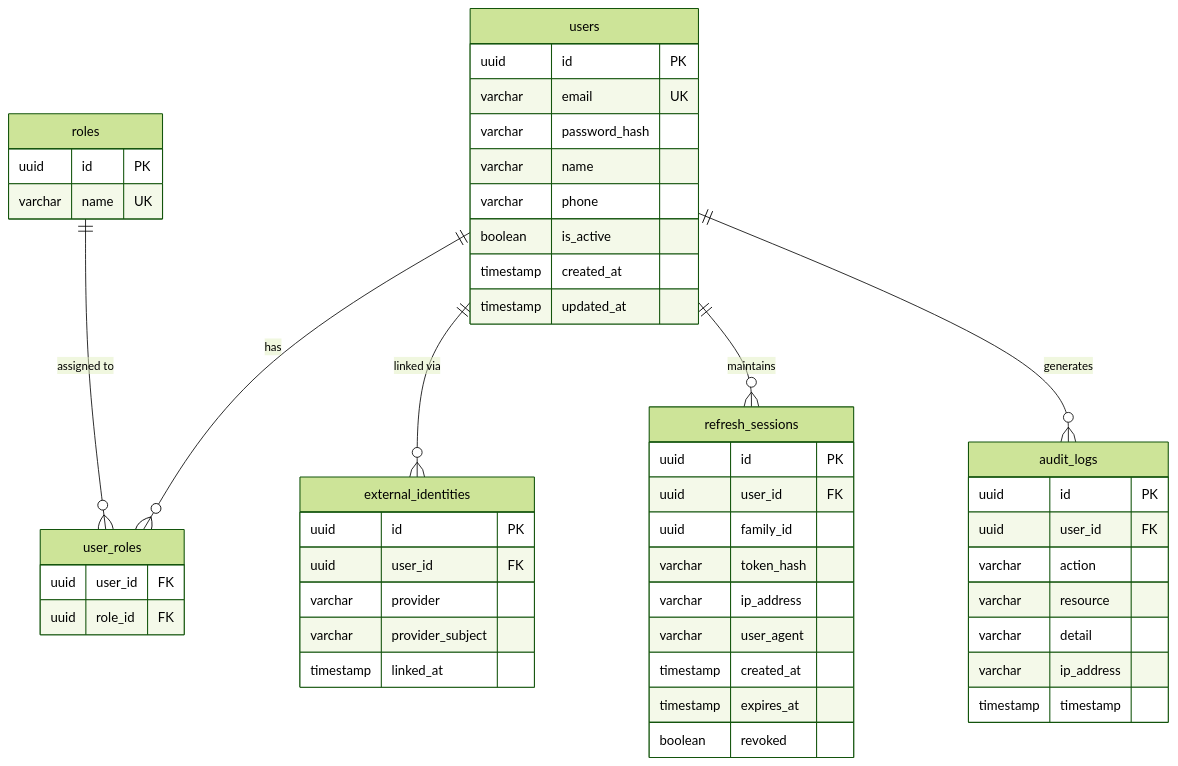
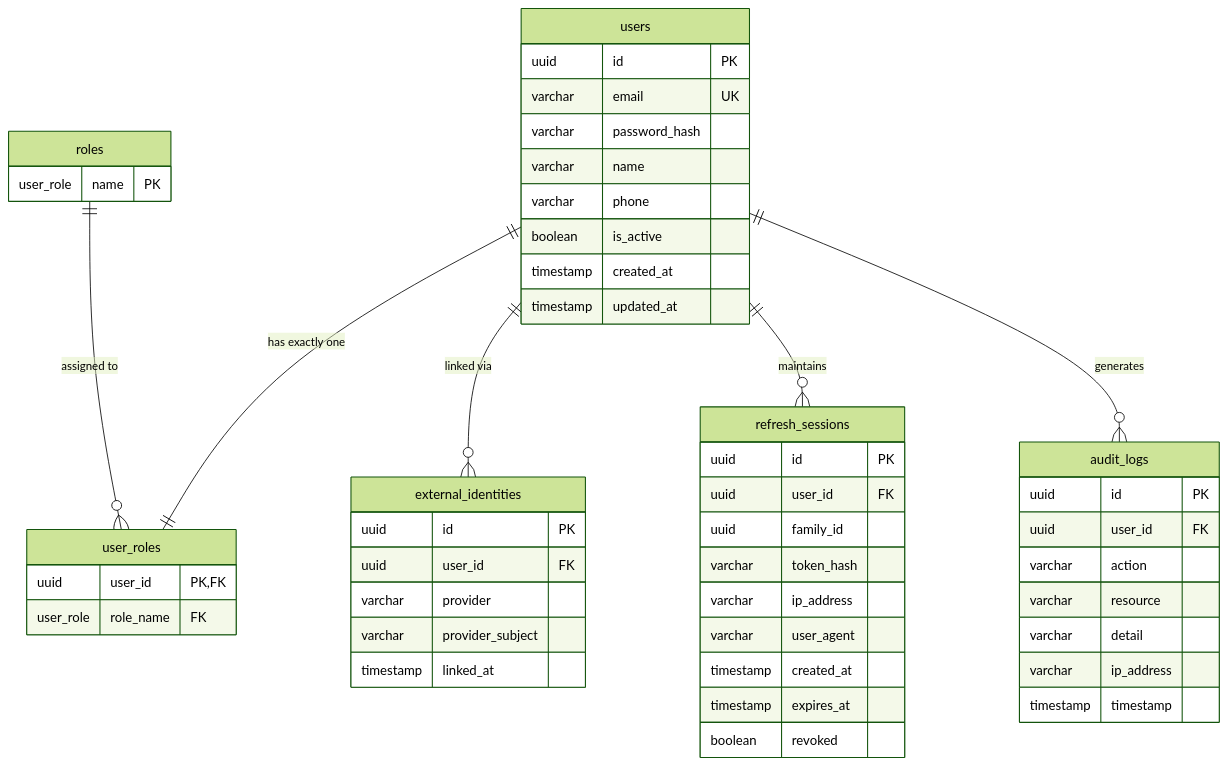
One commit to SwiftDrop-Group09/swiftdrop-docs changed the first of 7 diagrams in design/diagrams/er/README.md. Above: the diagram before and after it, drawn with Mermaid (forest theme). The commit also changed other lines of this file and 8 other files, not shown here.

````diff
--- a/design/diagrams/er/README.md
+++ b/design/diagrams/er/README.md
@@ -14,59 +14,58 @@
 ```mermaid
 erDiagram
     users {
         uuid id PK
         varchar email UK
         varchar password_hash
         varchar name
         varchar phone
         boolean is_active
         timestamp created_at
         timestamp updated_at
     }
 
     roles {
-        uuid id PK
-        varchar name UK
+        user_role name PK
     }
 
     user_roles {
-        uuid user_id FK
-        uuid role_id FK
+        uuid user_id PK,FK
+        user_role role_name FK
     }
 
     external_identities {
         uuid id PK
         uuid user_id FK
         varchar provider
         varchar provider_subject
         timestamp linked_at
     }
 
     refresh_sessions {
         uuid id PK
         uuid user_id FK
         uuid family_id
         varchar token_hash
         varchar ip_address
         varchar user_agent
         timestamp created_at
         timestamp expires_at
         boolean revoked
     }
 
     audit_logs {
         uuid id PK
         uuid user_id FK
         varchar action
         varchar resource
         varchar detail
         varchar ip_address
         timestamp timestamp
     }
 
-    users ||--o{ user_roles : "has"
+    users ||--|| user_roles : "has exactly one"
     roles ||--o{ user_roles : "assigned to"
     users ||--o{ external_identities : "linked via"
     users ||--o{ refresh_sessions : "maintains"
     users ||--o{ audit_logs : "generates"
 ```
````
